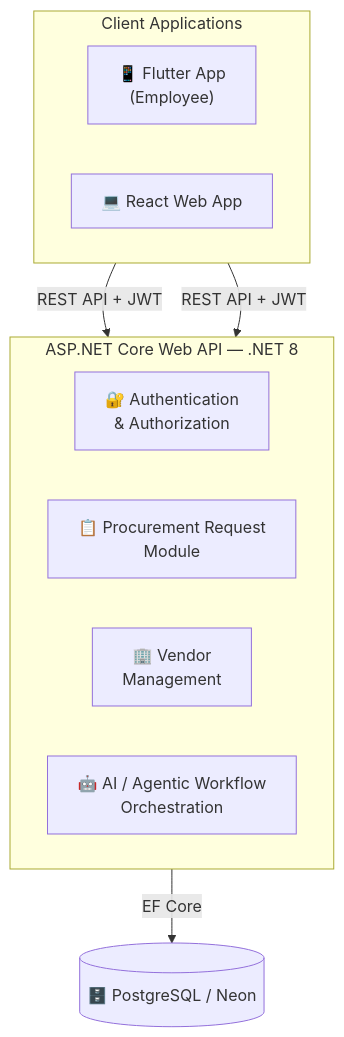
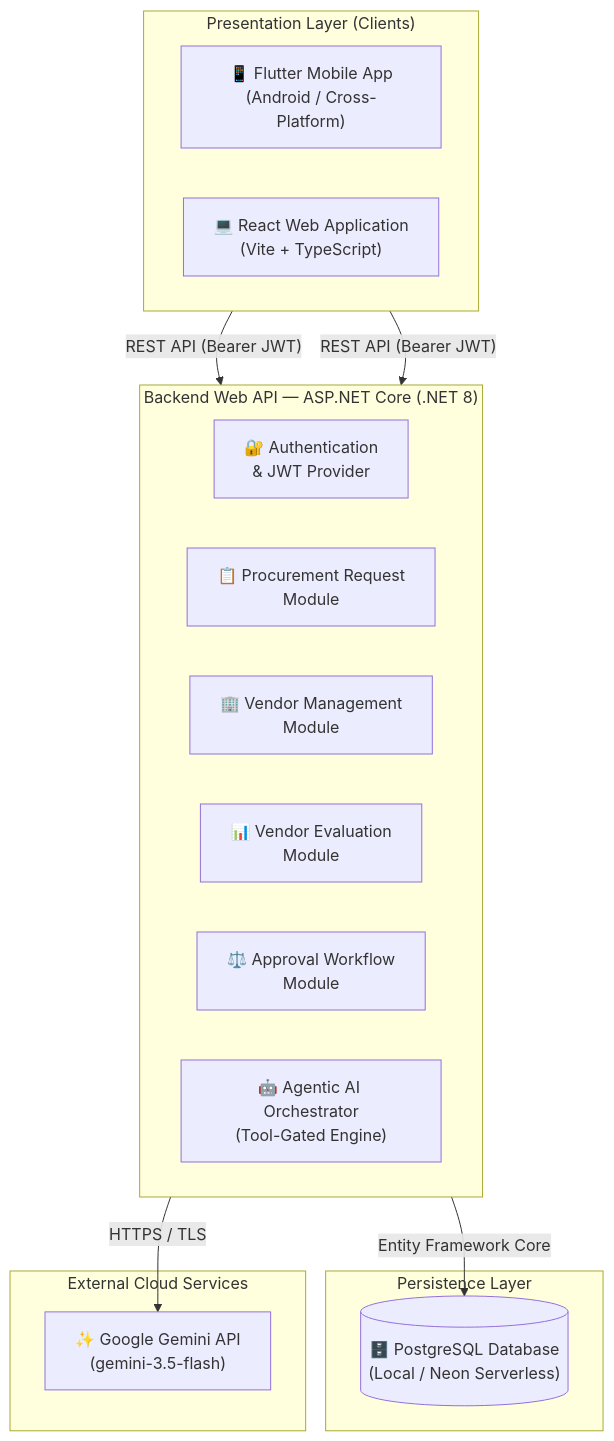
The first of 2 diagrams in README.md (AlgoDove/Procura), drawn with Mermaid before and after one commit. The commit also changed other lines of this file, not shown here.

Commit message:
docs: update system documentation with final integrated architecture and deployment guide

````diff
--- a/README.md
+++ b/README.md
@@ -35,22 +33,31 @@
 ```mermaid
 flowchart TB
-    subgraph Clients["Client Applications"]
+    subgraph Clients["Presentation Layer (Clients)"]
         direction LR
-        Flutter["📱 Flutter App<br/>(Employee)"]
-        React["💻 React Web App"]
+        Flutter["📱 Flutter Mobile App<br/>(Android / Cross-Platform)"]
+        React["💻 React Web Application<br/>(Vite + TypeScript)"]
     end
 
-    subgraph API["ASP.NET Core Web API — .NET 8"]
+    subgraph Gateway["Backend Web API — ASP.NET Core (.NET 8)"]
         direction LR
-        Auth["🔐 Authentication<br/>& Authorization"]
+        Auth["🔐 Authentication<br/>& JWT Provider"]
         PR["📋 Procurement Request<br/>Module"]
-        Vendor["🏢 Vendor<br/>Management"]
-        AI["🤖 AI / Agentic Workflow<br/>Orchestration"]
+        VM["🏢 Vendor Management<br/>Module"]
+        VE["📊 Vendor Evaluation<br/>Module"]
+        AW["⚖️ Approval Workflow<br/>Module"]
+        AI["🤖 Agentic AI Orchestrator<br/>(Tool-Gated Engine)"]
     end
 
-    DB[("🗄️ PostgreSQL / Neon")]
+    subgraph Data["Persistence Layer"]
+        DB[("🗄️ PostgreSQL Database<br/>(Local / Neon Serverless)")]
+    end
 
-    Flutter -- "REST API + JWT" --> API
-    React -- "REST API + JWT" --> API
-    API -- "EF Core" --> DB
+    subgraph External["External Cloud Services"]
+        Gemini["✨ Google Gemini API<br/>(gemini-3.5-flash)"]
+    end
+
+    Flutter -- "REST API (Bearer JWT)" --> Gateway
+    React -- "REST API (Bearer JWT)" --> Gateway
+    Gateway -- "Entity Framework Core" --> DB
+    AI -- "HTTPS / TLS" --> Gemini
 ```
````
